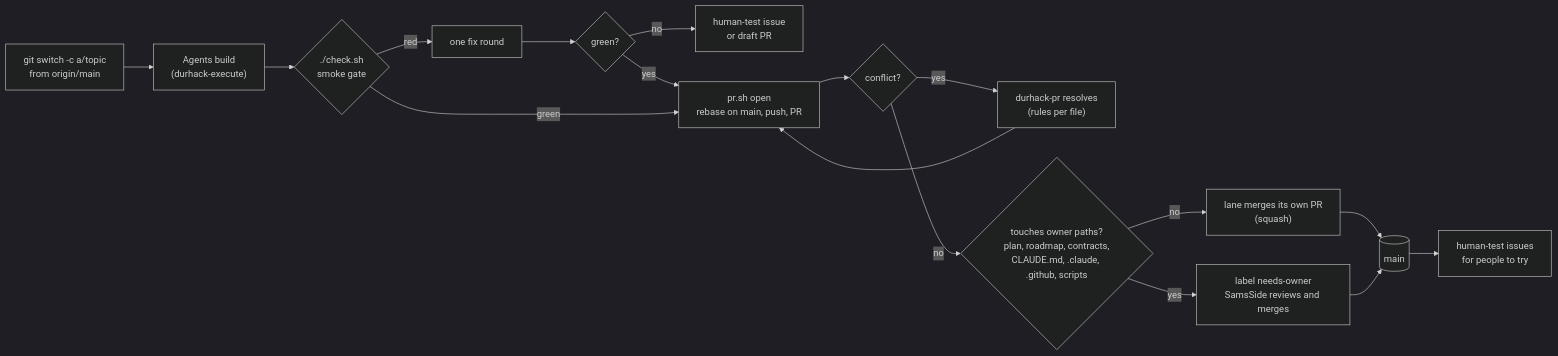
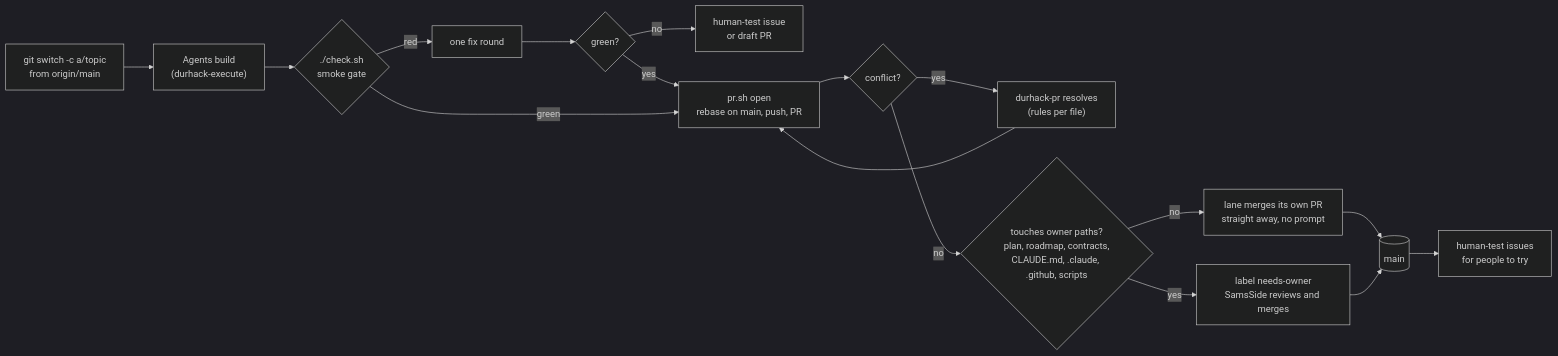
The third of 4 diagrams in README.md (SamsSide/Durhack-2026), drawn with Mermaid (dark theme) before and after one commit. The commit also changed other lines of this file and 9 other files, not shown here.

Commit message:
feat: add session handoffs, the context warning hook and automatic lane merges

````diff
--- a/README.md
+++ b/README.md
@@ -101,16 +101,16 @@
 ```mermaid
 flowchart LR
   S["git switch -c a/topic<br/>from origin/main"] --> W["Agents build<br/>(durhack-execute)"]
   W --> G{"./check.sh<br/>smoke gate"}
   G -- red --> F["one fix round"] --> G2{"green?"}
   G2 -- no --> H["human-test issue<br/>or draft PR"]
   G2 -- yes --> R
   G -- green --> R["pr.sh open<br/>rebase on main, push, PR"]
   R --> C{"conflict?"}
   C -- yes --> X["durhack-pr resolves<br/>(rules per file)"] --> R
   C -- no --> O{"touches owner paths?<br/>plan, roadmap, contracts,<br/>CLAUDE.md, .claude, .github, scripts"}
-  O -- no --> MG["lane merges its own PR<br/>(squash)"]
+  O -- no --> MG["lane merges its own PR<br/>straight away, no prompt"]
   O -- yes --> NO["label needs-owner<br/>SamsSide reviews and merges"]
   MG & NO --> MAIN[("main")]
   MAIN --> T["human-test issues<br/>for people to try"]
 ```
````
